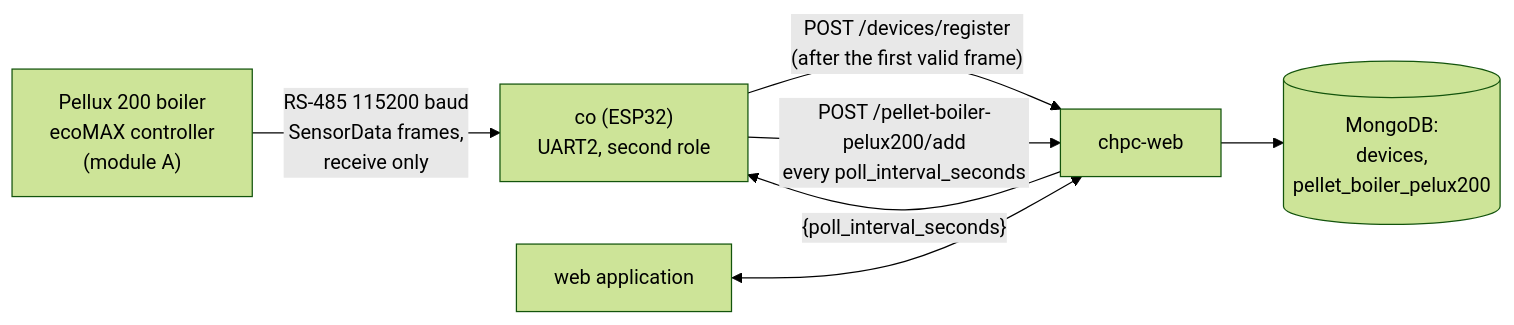
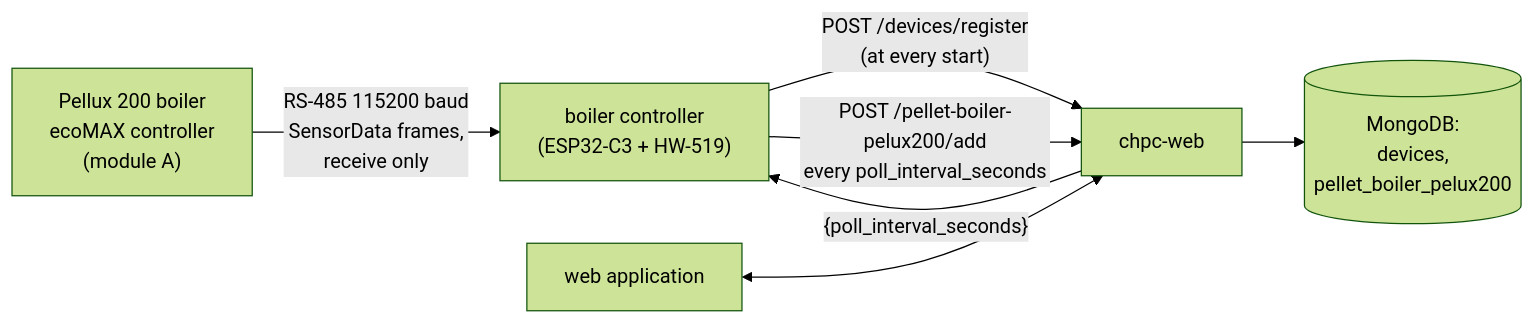
One commit to robertorlowski/chpc-web changed the first of 4 diagrams in docs/en/moduly/pellet-boiler-pelux200/2-how-it-works.md. Above: the diagram before and after it, drawn with Mermaid (forest theme). The commit also changed other lines of this file and 51 other files, not shown here.

First line of the commit message:
Piec Pellux 200: osobny sterownik ESP32-C3 + HW-519, rola pieca usunięta z co

````diff
--- a/docs/en/moduly/pellet-boiler-pelux200/2-how-it-works.md
+++ b/docs/en/moduly/pellet-boiler-pelux200/2-how-it-works.md
@@ -7,9 +7,9 @@
 ```mermaid
 flowchart LR
-    ECO["Pellux 200 boiler<br/>ecoMAX controller<br/>(module A)"] -- "RS-485 115200 baud<br/>SensorData frames,<br/>receive only" --> CO["co (ESP32)<br/>UART2, second role"]
-    CO -- "POST /devices/register<br/>(after the first valid frame)" --> SRV["chpc-web"]
+    ECO["Pellux 200 boiler<br/>ecoMAX controller<br/>(module A)"] -- "RS-485 115200 baud<br/>SensorData frames,<br/>receive only" --> CO["boiler controller<br/>(ESP32-C3 + HW-519)"]
+    CO -- "POST /devices/register<br/>(at every start)" --> SRV["chpc-web"]
     CO -- "POST /pellet-boiler-pelux200/add<br/>every poll_interval_seconds" --> SRV
     SRV -- "{poll_interval_seconds}" --> CO
     SRV --> DB[("MongoDB:<br/>devices,<br/>pellet_boiler_pelux200")]
     WEB["web application"] <--> SRV
 ```
````
